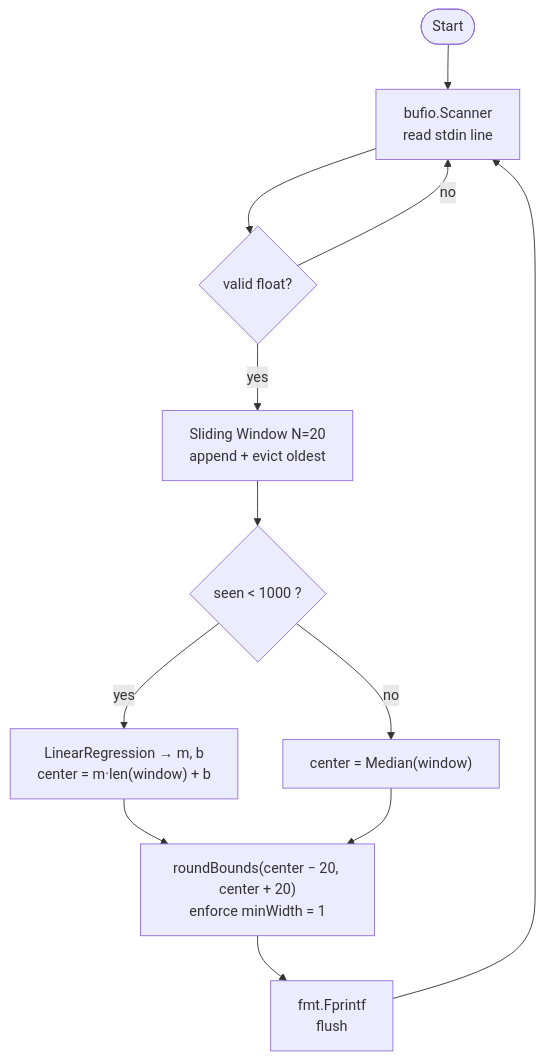
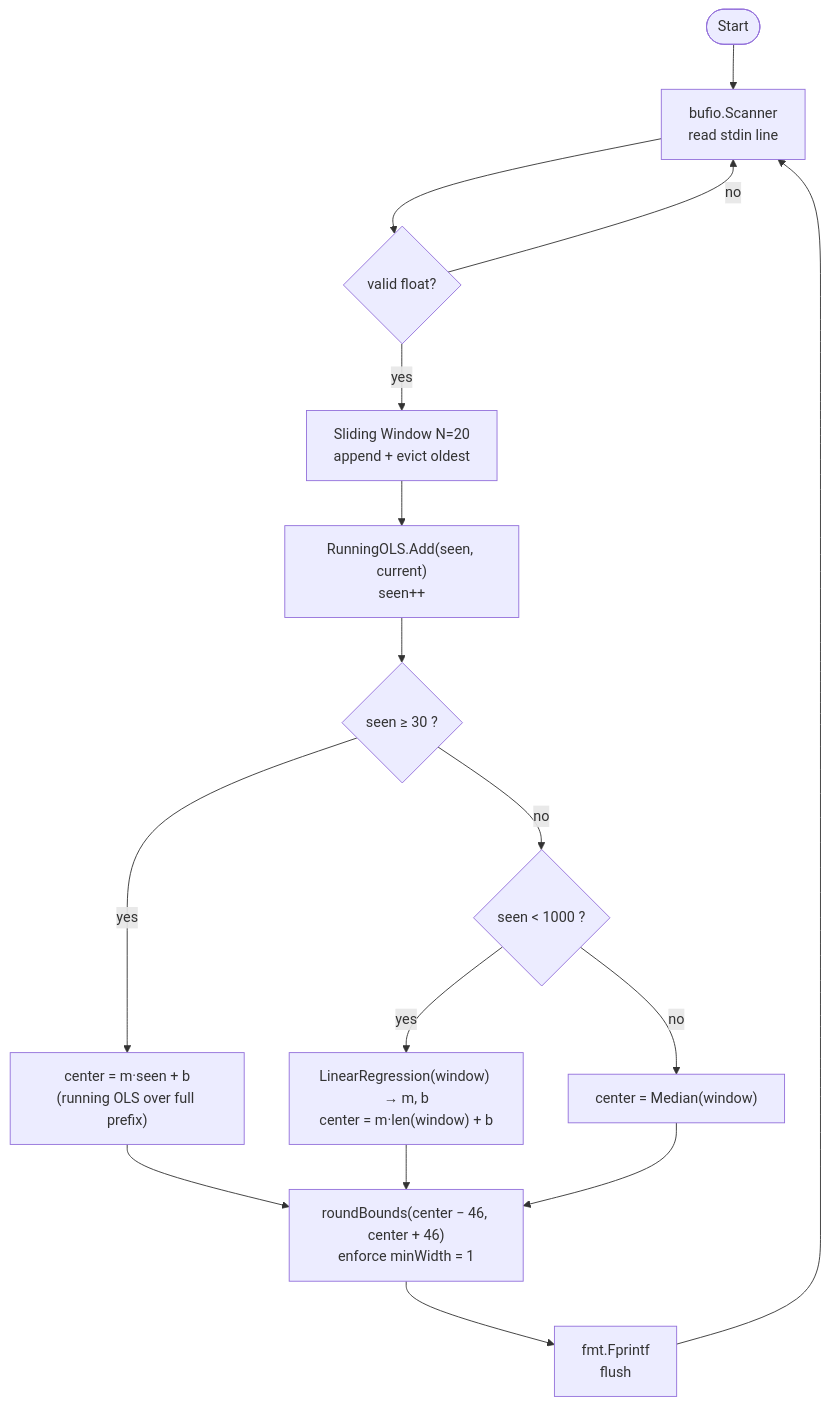
One commit to hmim7/guess-it-2 changed the diagram in docs/PRD.md. Above: the diagram before and after it, drawn with Mermaid. The commit also changed other lines of this file and 6 other files, not shown here.

````diff
--- a/docs/PRD.md
+++ b/docs/PRD.md
@@ -169,14 +180,18 @@
 ```mermaid
 flowchart TD
     Start([Start]) --> Read["bufio.Scanner<br/>read stdin line"]
     Read --> Parse{"valid float?"}
     Parse -- no --> Read
     Parse -- yes --> Window["Sliding Window N=20<br/>append + evict oldest"]
-    Window --> Phase{"seen < 1000 ?"}
-    Phase -- yes --> Reg["LinearRegression → m, b<br/>center = m·len(window) + b"]
+    Window --> Ols["RunningOLS.Add(seen, current)<br/>seen++"]
+    Ols --> Warm{"seen ≥ 30 ?"}
+    Warm -- yes --> OlsFit["center = m·seen + b<br/>(running OLS over full prefix)"]
+    Warm -- no --> Phase{"seen < 1000 ?"}
+    Phase -- yes --> Reg["LinearRegression(window) → m, b<br/>center = m·len(window) + b"]
     Phase -- no --> Med["center = Median(window)"]
-    Reg --> Round["roundBounds(center − 20, center + 20)<br/>enforce minWidth = 1"]
+    OlsFit --> Round["roundBounds(center − 46, center + 46)<br/>enforce minWidth = 1"]
+    Reg --> Round
     Med --> Round
     Round --> Out["fmt.Fprintf<br/>flush"]
     Out --> Read
 ```
````
